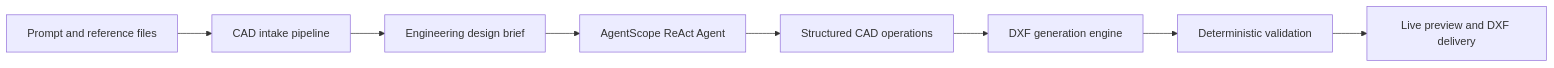
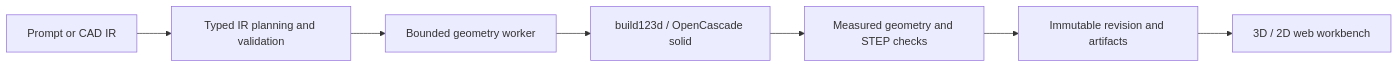
The diagram in README.md (Jane-o-O-o-O/Agent-CAD), drawn with Mermaid before and after one commit. The commit also changed other lines of this file and 1 other file, not shown here.

````diff
--- a/README.md
+++ b/README.md
@@ -81,10 +177,9 @@
 ```mermaid
 flowchart LR
-    A[Prompt and reference files] --> B[CAD intake pipeline]
-    B --> C[Engineering design brief]
-    C --> D[AgentScope ReAct Agent]
-    D --> E[Structured CAD operations]
-    E --> F[DXF generation engine]
-    F --> G[Deterministic validation]
-    G --> H[Live preview and DXF delivery]
+    A[Prompt or CAD IR] --> B[Typed IR planning and validation]
+    B --> C[Bounded geometry worker]
+    C --> D[build123d / OpenCascade solid]
+    D --> E[Measured geometry and STEP checks]
+    E --> F[Immutable revision and artifacts]
+    F --> G[3D / 2D web workbench]
 ```
````
